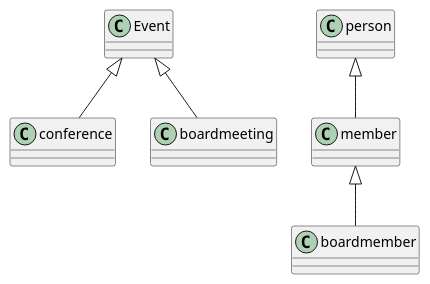
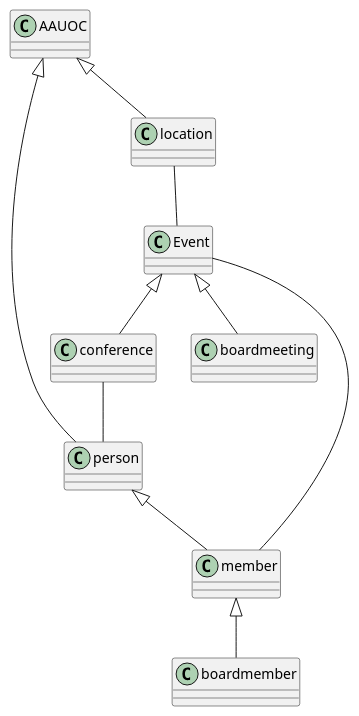
Before and after one commit to jorgealll/UMLClasesJorge: the diagram in src/ejercicioplant.puml, drawn with PlantUML. The commit also changed 1 other file, not shown here.

```diff
--- a/src/ejercicioplant.puml
+++ b/src/ejercicioplant.puml
@@ -1,15 +1,22 @@
 @startuml
 'https://plantuml.com/sequence-diagram
 
 class Event
 class conference
 class boardmeeting
 Event <|-- conference
 Event <|-- boardmeeting
 
 class person
 class member
 class boardmember
 person <|-- member
 member <|-- boardmember
+class AAUOC
+class location
+AAUOC <|-- location
+location -- Event
+Event -- member
+conference -- person
+AAUOC <|-- person
 @enduml
```
